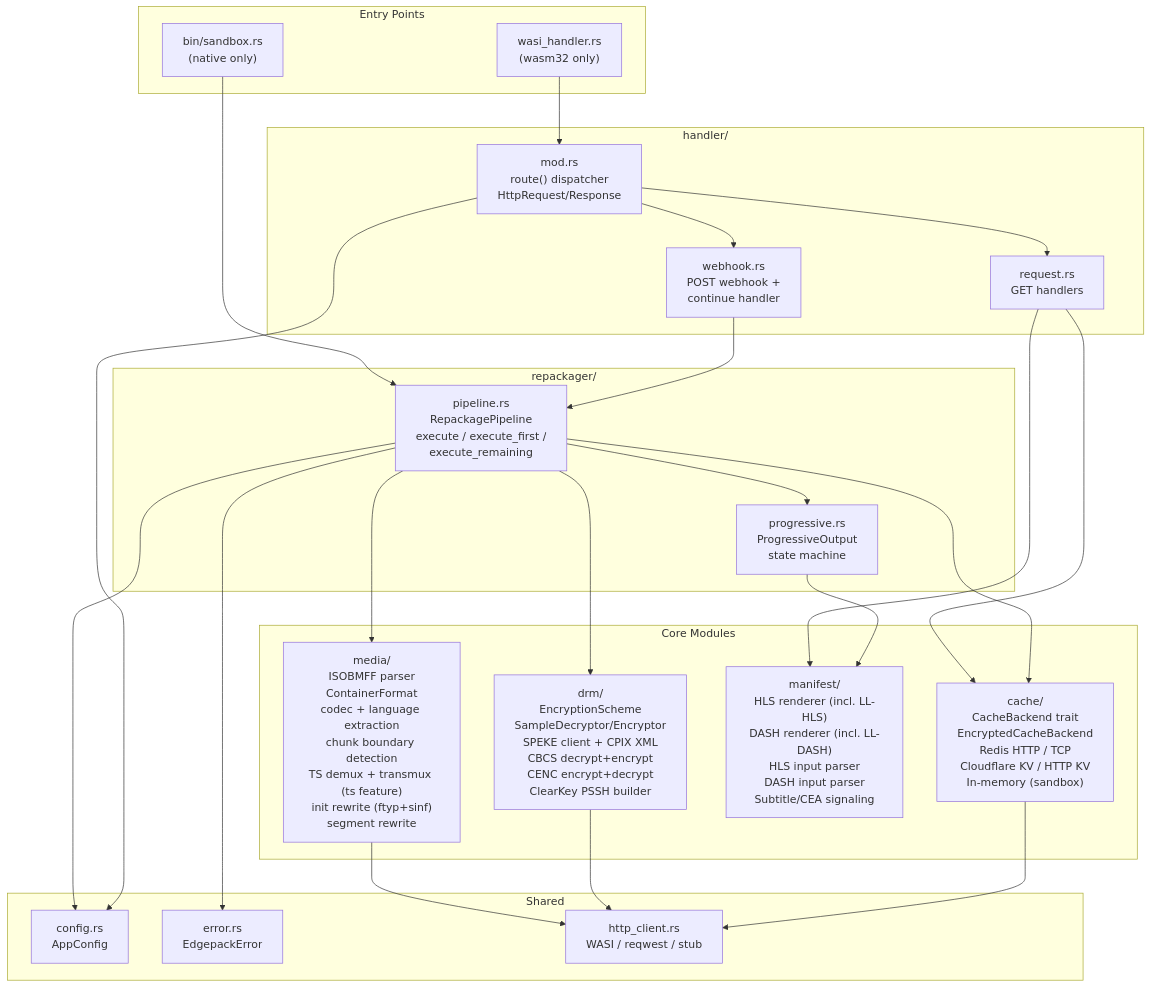
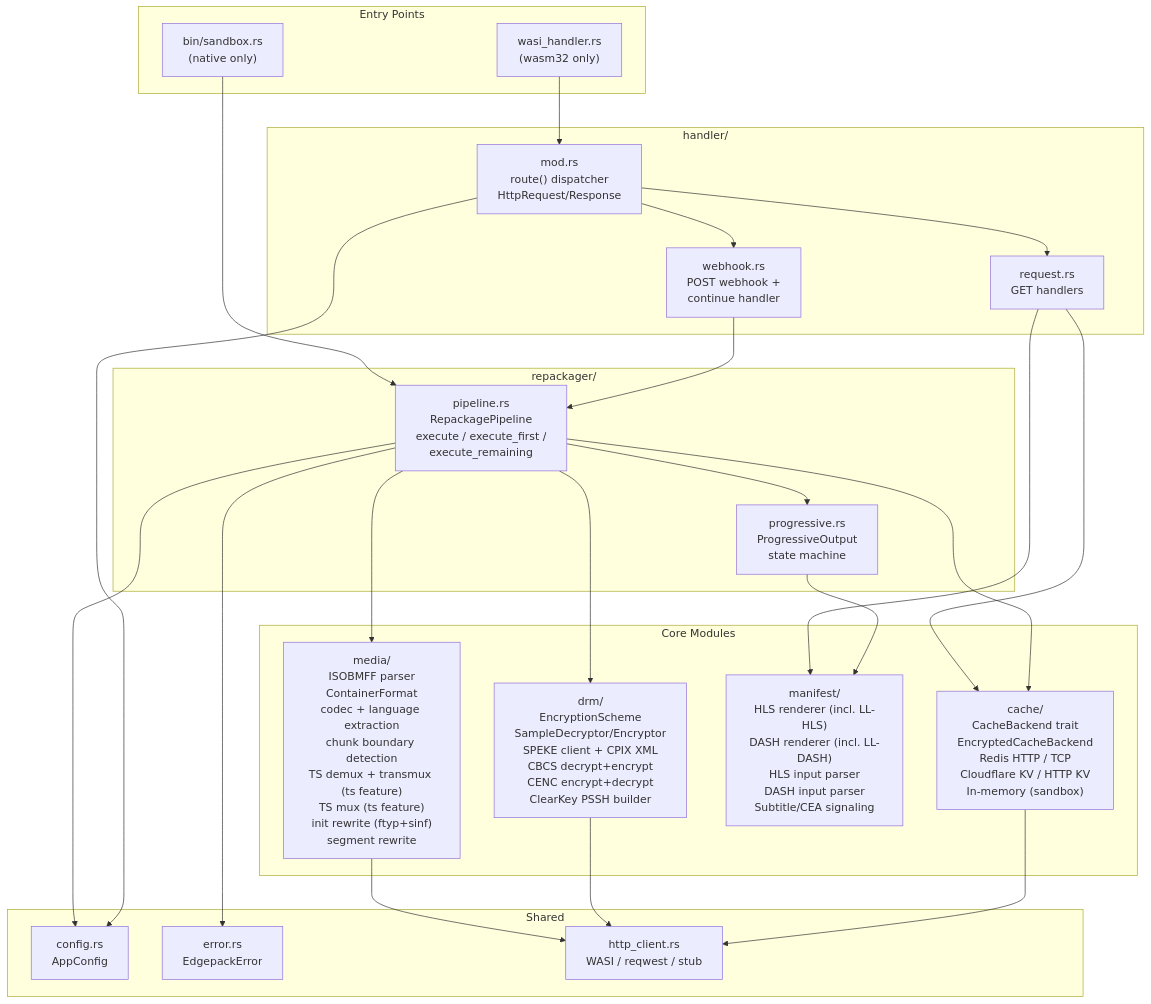
The third of 11 diagrams in docs/architecture.md (adrums86/edgepack), drawn with Mermaid before and after one commit. The commit also changed other lines of this file and 4 other files, not shown here.

````diff
--- a/docs/architecture.md
+++ b/docs/architecture.md
@@ -110,54 +110,54 @@
 ```mermaid
 graph TD
     subgraph Entry["Entry Points"]
         WASI["wasi_handler.rs<br/>(wasm32 only)"]
         Sandbox["bin/sandbox.rs<br/>(native only)"]
     end
 
     subgraph Handler["handler/"]
         Router["mod.rs<br/>route() dispatcher<br/>HttpRequest/Response"]
         Request["request.rs<br/>GET handlers"]
         Webhook["webhook.rs<br/>POST webhook +<br/>continue handler"]
     end
 
     subgraph Repackager["repackager/"]
         RPipeline["pipeline.rs<br/>RepackagePipeline<br/>execute / execute_first /<br/>execute_remaining"]
         Progressive["progressive.rs<br/>ProgressiveOutput<br/>state machine"]
     end
 
     subgraph Core["Core Modules"]
-        Media["media/<br/>ISOBMFF parser<br/>ContainerFormat<br/>codec + language extraction<br/>chunk boundary detection<br/>TS demux + transmux (ts feature)<br/>init rewrite (ftyp+sinf)<br/>segment rewrite"]
+        Media["media/<br/>ISOBMFF parser<br/>ContainerFormat<br/>codec + language extraction<br/>chunk boundary detection<br/>TS demux + transmux (ts feature)<br/>TS mux (ts feature)<br/>init rewrite (ftyp+sinf)<br/>segment rewrite"]
         DRMMod["drm/<br/>EncryptionScheme<br/>SampleDecryptor/Encryptor<br/>SPEKE client + CPIX XML<br/>CBCS decrypt+encrypt<br/>CENC encrypt+decrypt<br/>ClearKey PSSH builder"]
         Manifest["manifest/<br/>HLS renderer (incl. LL-HLS)<br/>DASH renderer (incl. LL-DASH)<br/>HLS input parser<br/>DASH input parser<br/>Subtitle/CEA signaling"]
         CacheMod2["cache/<br/>CacheBackend trait<br/>EncryptedCacheBackend<br/>Redis HTTP / TCP<br/>Cloudflare KV / HTTP KV<br/>In-memory (sandbox)"]
     end
 
     subgraph Shared["Shared"]
         Config["config.rs<br/>AppConfig"]
         Error["error.rs<br/>EdgepackError"]
         HTTP["http_client.rs<br/>WASI / reqwest / stub"]
     end
 
     WASI --> Router
     Sandbox --> RPipeline
 
     Router --> Request
     Router --> Webhook
     Request --> CacheMod2
     Request --> Manifest
     Webhook --> RPipeline
 
     RPipeline --> Media
     RPipeline --> DRMMod
     RPipeline --> Progressive
     RPipeline --> CacheMod2
     Progressive --> Manifest
 
     Media --> HTTP
     DRMMod --> HTTP
     CacheMod2 --> HTTP
 
     RPipeline --> Config
     RPipeline --> Error
     Router --> Config
 ```
````
